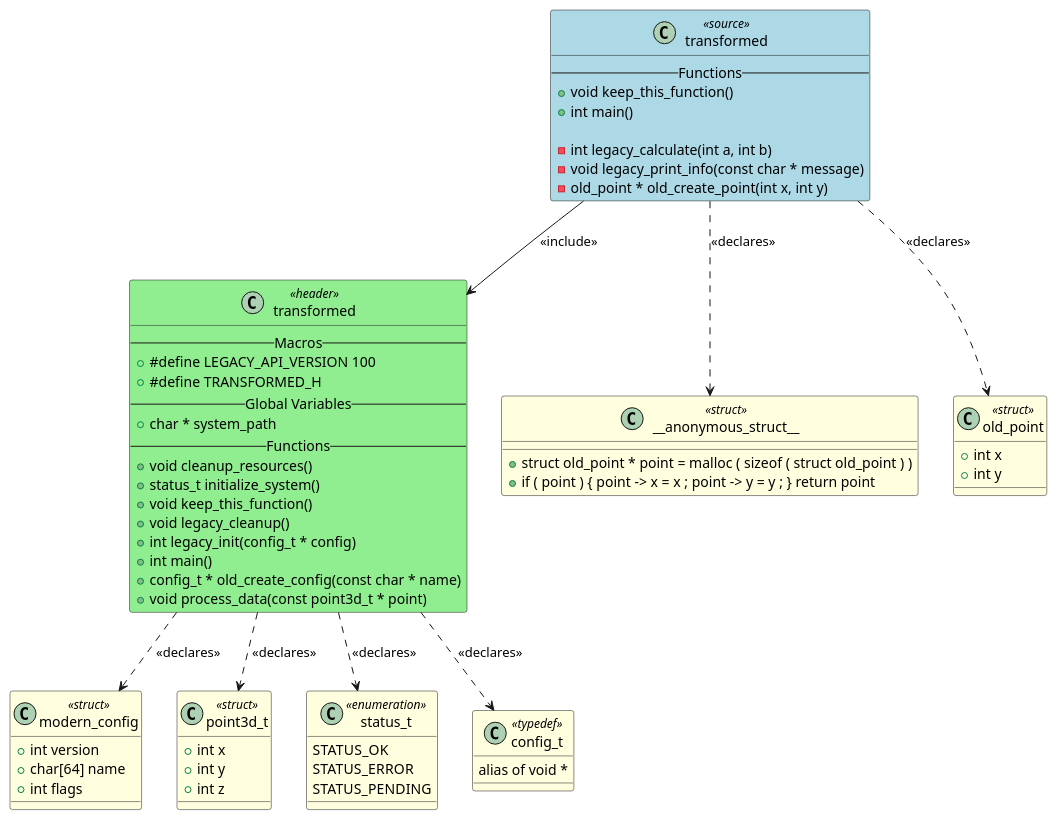
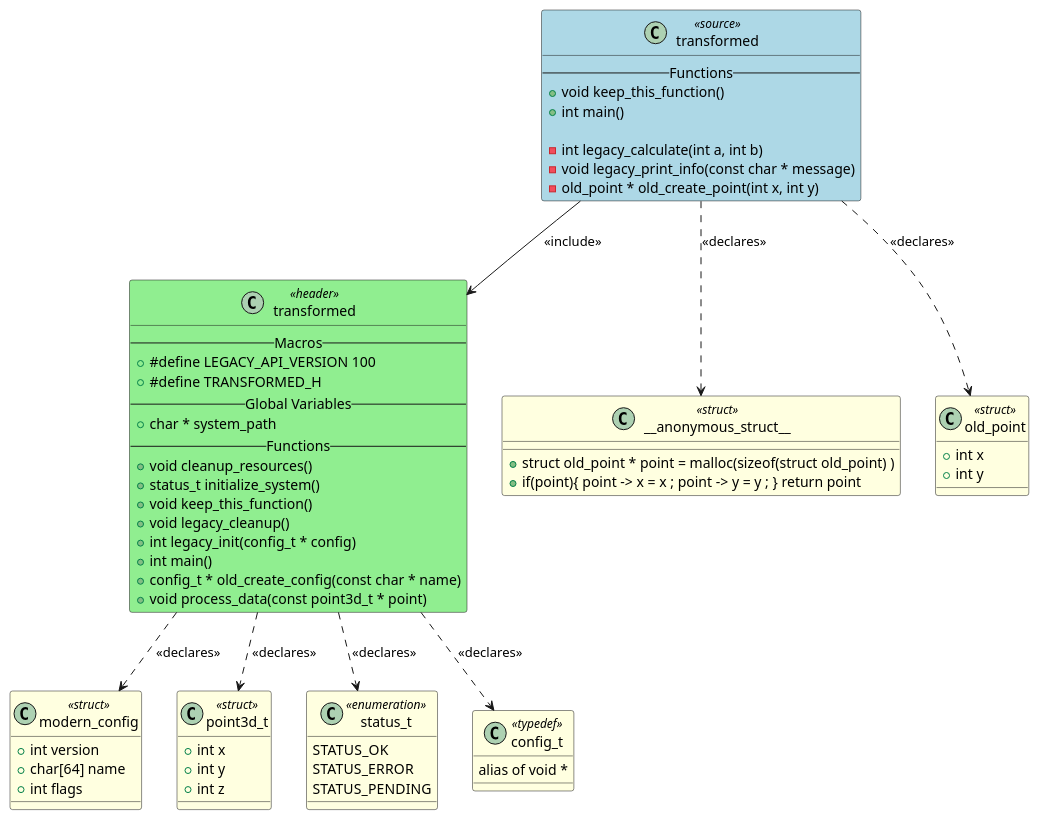
Before and after one commit to fischerjooo/c2puml: the diagram in artifacts/output_example/transformed.puml, drawn with PlantUML. The commit also changed 5 other files, not shown here.

```diff
--- a/artifacts/output_example/transformed.puml
+++ b/artifacts/output_example/transformed.puml
@@ -1,84 +1,84 @@
 @startuml transformed
 
 class "transformed" as TRANSFORMED <<source>> #LightBlue
 {
     -- Functions --
     + void keep_this_function()
     + int main()
 
     - int legacy_calculate(int a, int b)
     - void legacy_print_info(const char * message)
     - old_point * old_create_point(int x, int y)
 }
 
 class "transformed" as HEADER_TRANSFORMED <<header>> #LightGreen
 {
     -- Macros --
     + #define LEGACY_API_VERSION 100
     + #define TRANSFORMED_H
     -- Global Variables --
     + char * system_path
     -- Functions --
     + void cleanup_resources()
     + status_t initialize_system()
     + void keep_this_function()
     + void legacy_cleanup()
     + int legacy_init(config_t * config)
     + int main()
     + config_t * old_create_config(const char * name)
     + void process_data(const point3d_t * point)
 }
 
 class "__anonymous_struct__" as TYPEDEF___ANONYMOUS_STRUCT__ <<struct>> #LightYellow
 {
-    + struct old_point * point = malloc ( sizeof ( struct old_point ) )
-    + if ( point ) { point -> x = x ; point -> y = y ; } return point
+    + struct old_point * point = malloc(sizeof(struct old_point) )
+    + if(point){ point -> x = x ; point -> y = y ; } return point
 }
 
 class "old_point" as TYPEDEF_OLD_POINT <<struct>> #LightYellow
 {
     + int x
     + int y
 }
 
 class "modern_config" as TYPEDEF_MODERN_CONFIG <<struct>> #LightYellow
 {
     + int version
     + char[64] name
     + int flags
 }
 
 class "point3d_t" as TYPEDEF_POINT3D_T <<struct>> #LightYellow
 {
     + int x
     + int y
     + int z
 }
 
 class "status_t" as TYPEDEF_STATUS_T <<enumeration>> #LightYellow
 {
     STATUS_OK
     STATUS_ERROR
     STATUS_PENDING
 }
 
 class "config_t" as TYPEDEF_CONFIG_T <<typedef>> #LightYellow
 {
     alias of void *
 }
 
 
 ' Include relationships
 TRANSFORMED --> HEADER_TRANSFORMED : <<include>>
 
 ' Declaration relationships
 TRANSFORMED ..> TYPEDEF___ANONYMOUS_STRUCT__ : <<declares>>
 TRANSFORMED ..> TYPEDEF_OLD_POINT : <<declares>>
 HEADER_TRANSFORMED ..> TYPEDEF_MODERN_CONFIG : <<declares>>
 HEADER_TRANSFORMED ..> TYPEDEF_POINT3D_T : <<declares>>
 HEADER_TRANSFORMED ..> TYPEDEF_STATUS_T : <<declares>>
 HEADER_TRANSFORMED ..> TYPEDEF_CONFIG_T : <<declares>>
 
 ' Uses relationships
 
 @enduml
```
